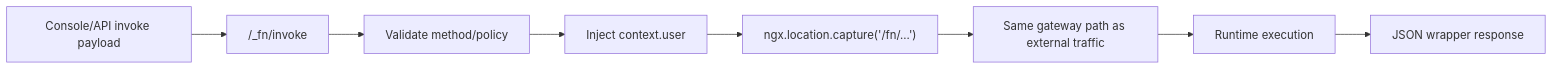
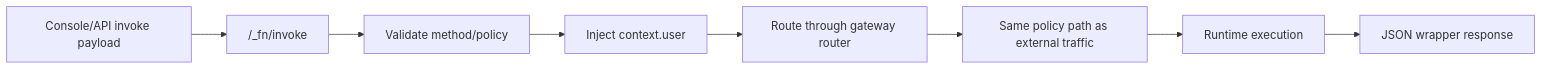
One commit to misaelzapata/fastfn changed the second of 3 diagrams in docs/en/explanation/visual-flows.md. Above: the diagram before and after it, drawn with Mermaid. The commit also changed other lines of this file and 68 other files, not shown here.

````diff
--- a/docs/en/explanation/visual-flows.md
+++ b/docs/en/explanation/visual-flows.md
@@ -21,10 +21,10 @@
 ```mermaid
 flowchart LR
   A["Console/API invoke payload"] --> B["/_fn/invoke"]
   B --> C["Validate method/policy"]
   C --> D["Inject context.user"]
-  D --> E["ngx.location.capture('/fn/...')"]
-  E --> F["Same gateway path as external traffic"]
+  D --> E["Route through gateway router"]
+  E --> F["Same policy path as external traffic"]
   F --> G["Runtime execution"]
   G --> H["JSON wrapper response"]
 ```
````
